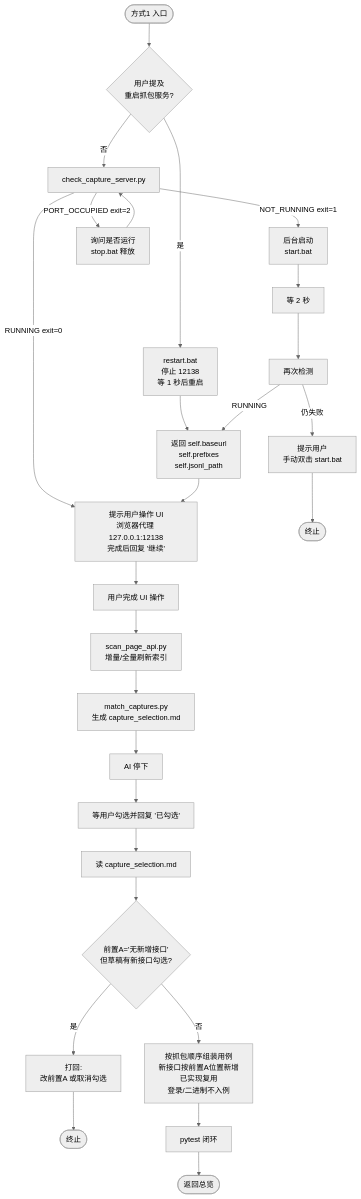
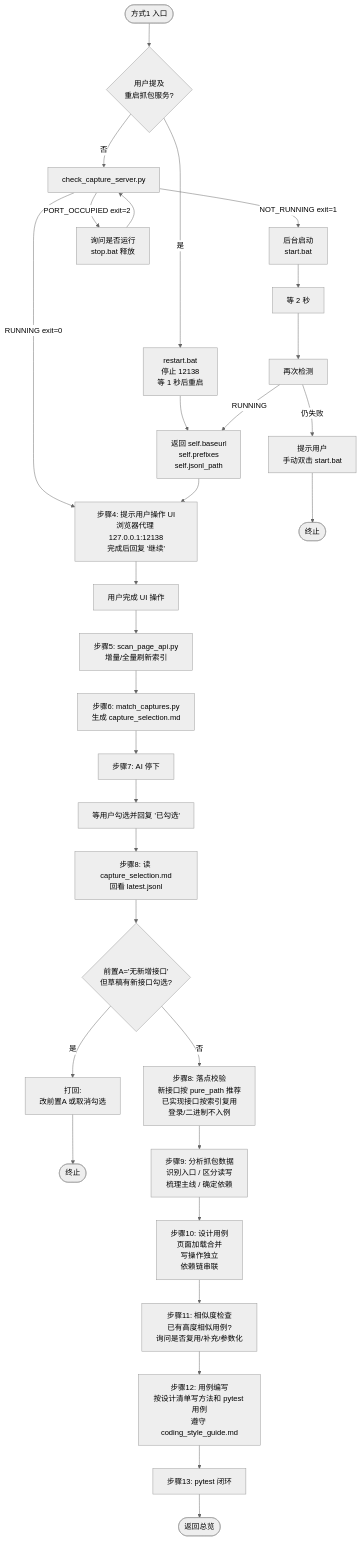
The second of 7 diagrams in flow_chart/flow.md (buer2233/ai-api-test-skill), drawn with Mermaid (neutral theme) before and after one commit. The commit also changed other lines of this file and 6 other files, not shown here.

````diff
--- a/flow_chart/flow.md
+++ b/flow_chart/flow.md
@@ -67,34 +67,38 @@
 ```mermaid
 flowchart TD
     F1Start([方式1 入口]) --> NeedRestart{用户提及<br/>重启抓包服务?}
     NeedRestart -->|是| Restart[restart.bat<br/>停止 12138<br/>等 1 秒后重启]
     NeedRestart -->|否| Chk[check_capture_server.py]
     Restart --> ServiceInfo[返回 self.baseurl<br/>self.prefixes<br/>self.jsonl_path]
     Chk -->|RUNNING exit=0| UI
     Chk -->|NOT_RUNNING exit=1| Start1[后台启动<br/>start.bat]
     Start1 --> Wait1[等 2 秒]
     Wait1 --> ReChk[再次检测]
     ReChk -->|RUNNING| ServiceInfo
     ReChk -->|仍失败| Manual[提示用户<br/>手动双击 start.bat]
     Manual --> F1End([终止])
     Chk -->|PORT_OCCUPIED exit=2| Stop[询问是否运行<br/>stop.bat 释放]
     Stop --> Chk
 
     ServiceInfo --> UI
-    UI[提示用户操作 UI<br/>浏览器代理 127.0.0.1:12138<br/>完成后回复 '继续']
+    UI[步骤4: 提示用户操作 UI<br/>浏览器代理 127.0.0.1:12138<br/>完成后回复 '继续']
     UI --> UserOp[用户完成 UI 操作]
-    UserOp --> Scan[scan_page_api.py<br/>增量/全量刷新索引]
-    Scan --> Match[match_captures.py<br/>生成 capture_selection.md]
+    UserOp --> Scan[步骤5: scan_page_api.py<br/>增量/全量刷新索引]
+    Scan --> Match[步骤6: match_captures.py<br/>生成 capture_selection.md]
 
-    Match --> Stop2[AI 停下]
+    Match --> Stop2[步骤7: AI 停下]
     Stop2 --> Tick[等用户勾选并回复 '已勾选']
-    Tick --> Read[读 capture_selection.md]
+    Tick --> Read[步骤8: 读 capture_selection.md<br/>回看 latest.jsonl]
 
     Read --> ConflictChk{前置A='无新增接口'<br/>但草稿有新接口勾选?}
     ConflictChk -- 是 --> Reject1[打回:<br/>改前置A 或取消勾选]
     Reject1 --> End1([终止])
-    ConflictChk -- 否 --> Compose[按抓包顺序组装用例<br/>新接口按前置A位置新增<br/>已实现复用<br/>登录/二进制不入例]
+    ConflictChk -- 否 --> Landing[步骤8: 落点校验<br/>新接口按 pure_path 推荐<br/>已实现接口按索引复用<br/>登录/二进制不入例]
+    Landing --> Analyze[步骤9: 分析抓包数据<br/>识别入口 / 区分读写<br/>梳理主线 / 确定依赖]
+    Analyze --> Design[步骤10: 设计用例<br/>页面加载合并<br/>写操作独立<br/>依赖链串联]
+    Design --> Similar[步骤11: 相似度检查<br/>已有高度相似用例?<br/>询问是否复用/补充/参数化]
+    Similar --> Compose[步骤12: 用例编写<br/>按设计清单写方法和 pytest 用例<br/>遵守 coding_style_guide.md]
 
-    Compose --> Verify[pytest 闭环]
+    Compose --> Verify[步骤13: pytest 闭环]
     Verify --> F1End2([返回总览])
 ```
````
